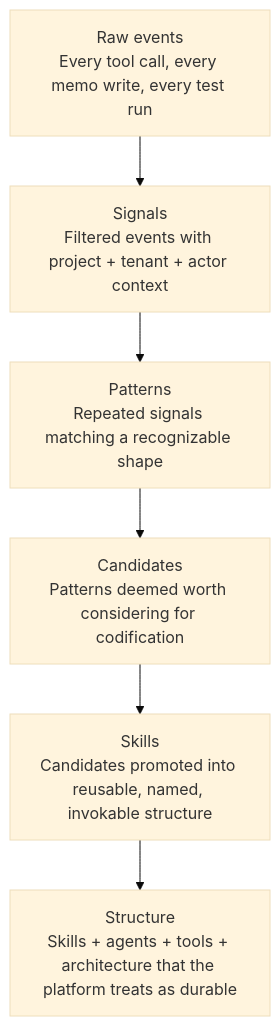
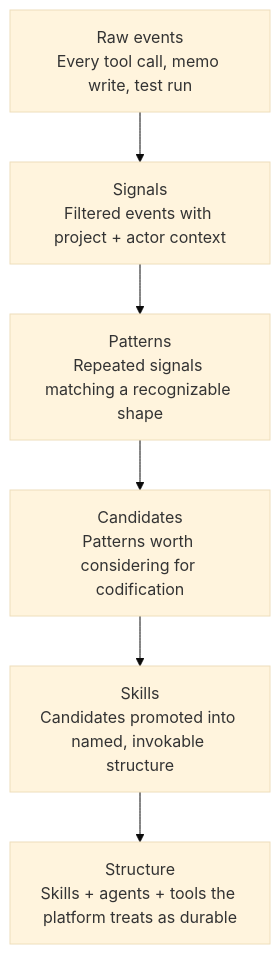
Before and after one commit to Lizo-RoadTown/tapestry: the diagram in apps/docs-site/src/content/docs/explanation/signal-hierarchy.md, drawn with Mermaid (base theme). The commit also changed other lines of this file and 11 other files, not shown here.

````diff
--- a/apps/docs-site/src/content/docs/explanation/signal-hierarchy.md
+++ b/apps/docs-site/src/content/docs/explanation/signal-hierarchy.md
@@ -10,10 +14,10 @@
 ```mermaid
 flowchart TB
-    E[Raw events<br/>Every tool call, every memo write, every test run]
-    S[Signals<br/>Filtered events with project + tenant + actor context]
+    E[Raw events<br/>Every tool call, memo write, test run]
+    S[Signals<br/>Filtered events with project + actor context]
     P[Patterns<br/>Repeated signals matching a recognizable shape]
-    C[Candidates<br/>Patterns deemed worth considering for codification]
-    K[Skills<br/>Candidates promoted into reusable, named, invokable structure]
-    T[Structure<br/>Skills + agents + tools + architecture that the platform treats as durable]
+    C[Candidates<br/>Patterns worth considering for codification]
+    K[Skills<br/>Candidates promoted into named, invokable structure]
+    T[Structure<br/>Skills + agents + tools the platform treats as durable]
     E --> S --> P --> C --> K --> T
 ```
````
